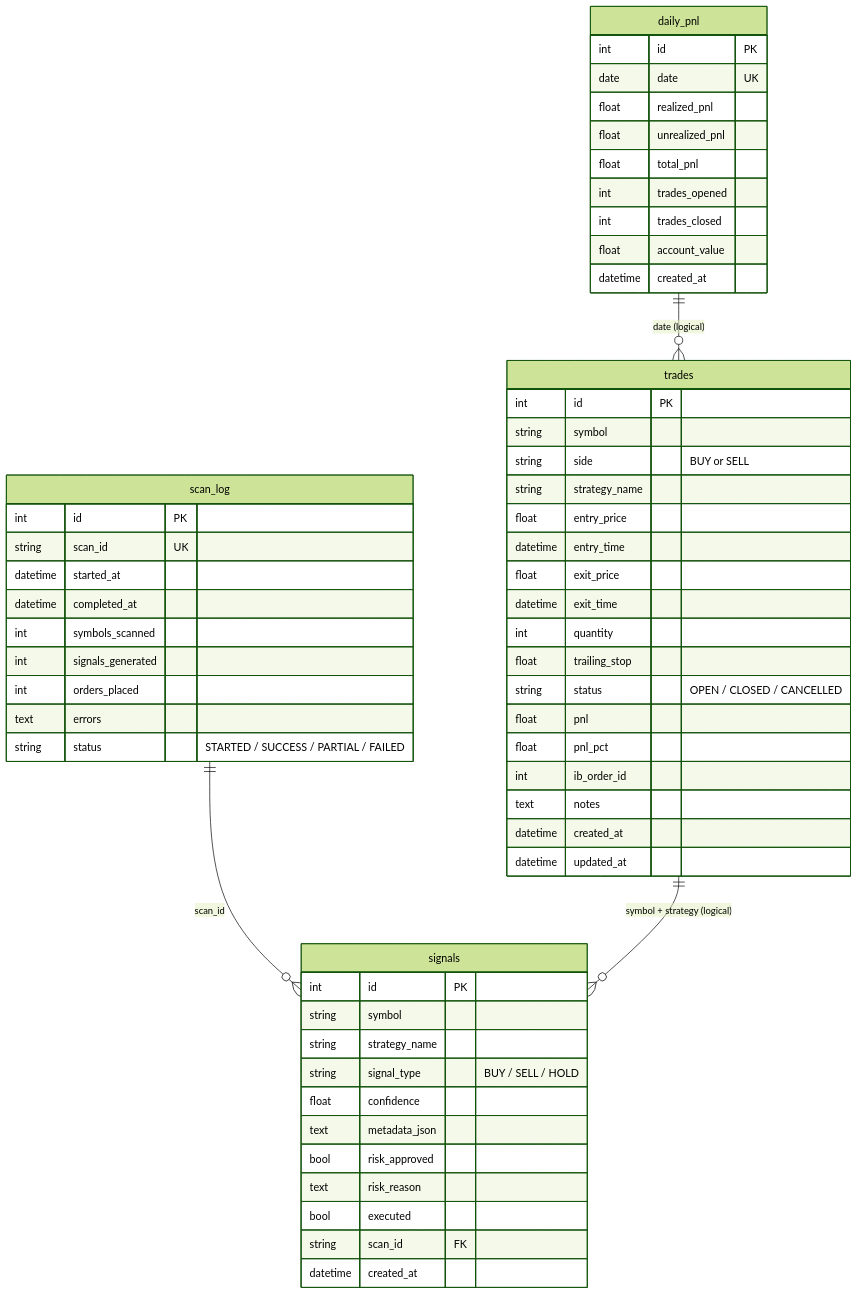
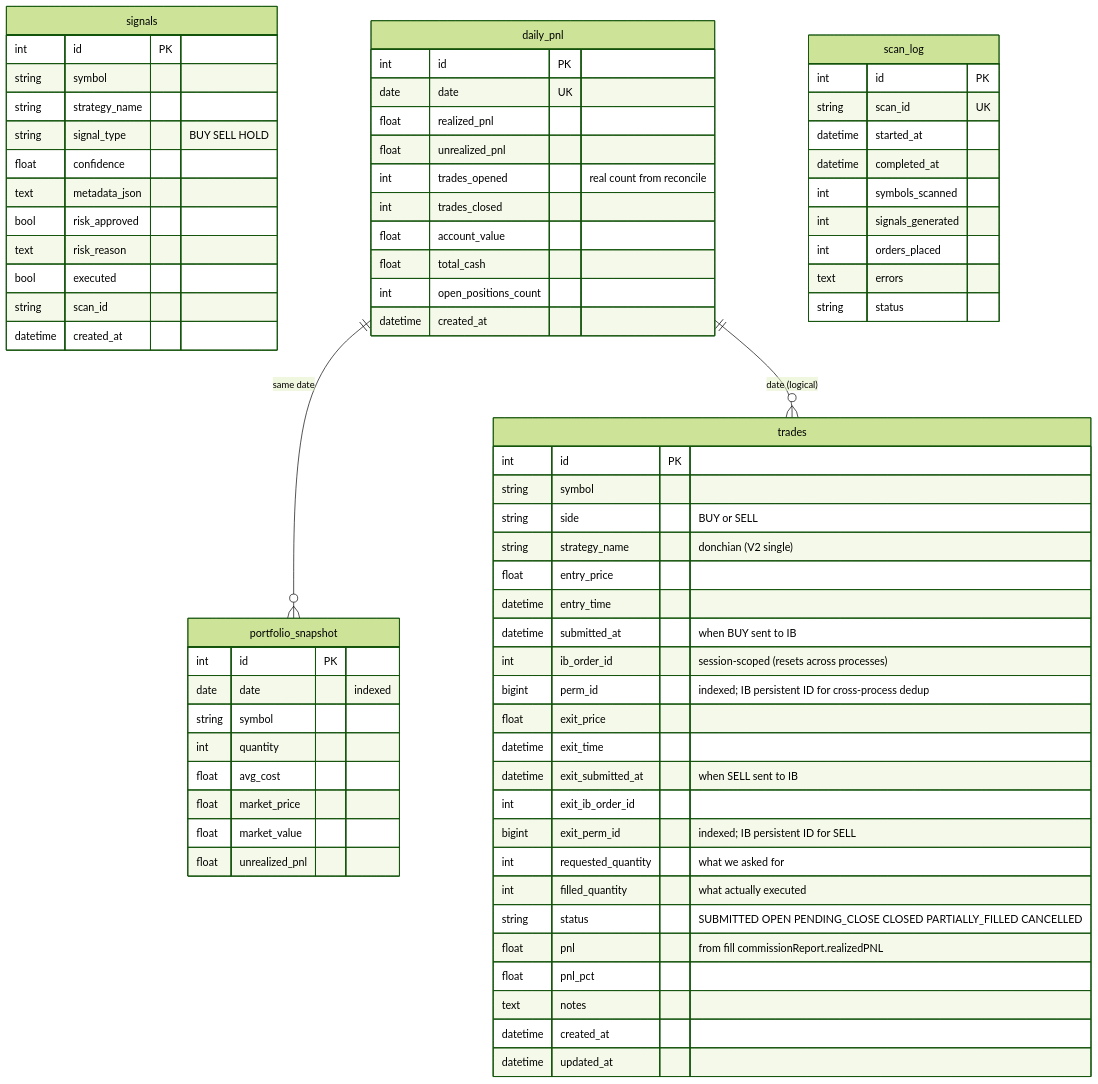
One commit to blackjek23/vibe_trade changed the fourth of 4 diagrams in PROJECT_MAP.md. Above: the diagram before and after it, drawn with Mermaid (forest theme). The commit also changed other lines of this file and 3 other files, not shown here.

````diff
--- a/PROJECT_MAP.md
+++ b/PROJECT_MAP.md
@@ -321,64 +247,80 @@
 ```mermaid
 erDiagram
     trades {
         int id PK
         string symbol
         string side "BUY or SELL"
-        string strategy_name
+        string strategy_name "donchian (V2 single)"
         float entry_price
         datetime entry_time
+        datetime submitted_at "when BUY sent to IB"
+        int ib_order_id "session-scoped (resets across processes)"
+        bigint perm_id "indexed; IB persistent ID for cross-process dedup"
         float exit_price
         datetime exit_time
-        int quantity
-        float trailing_stop
-        string status "OPEN / CLOSED / CANCELLED"
-        float pnl
+        datetime exit_submitted_at "when SELL sent to IB"
+        int exit_ib_order_id
+        bigint exit_perm_id "indexed; IB persistent ID for SELL"
+        int requested_quantity "what we asked for"
+        int filled_quantity "what actually executed"
+        string status "SUBMITTED OPEN PENDING_CLOSE CLOSED PARTIALLY_FILLED CANCELLED"
+        float pnl "from fill commissionReport.realizedPNL"
         float pnl_pct
-        int ib_order_id
         text notes
         datetime created_at
         datetime updated_at
     }
 
     signals {
         int id PK
         string symbol
         string strategy_name
-        string signal_type "BUY / SELL / HOLD"
+        string signal_type "BUY SELL HOLD"
         float confidence
         text metadata_json
         bool risk_approved
         text risk_reason
         bool executed
-        string scan_id FK
+        string scan_id
         datetime created_at
     }
 
     daily_pnl {
         int id PK
         date date UK
         float realized_pnl
         float unrealized_pnl
-        float total_pnl
-        int trades_opened
+        int trades_opened "real count from reconcile"
         int trades_closed
         float account_value
+        float total_cash
+        int open_positions_count
         datetime created_at
+    }
+
+    portfolio_snapshot {
+        int id PK
+        date date "indexed"
+        string symbol
+        int quantity
+        float avg_cost
+        float market_price
+        float market_value
+        float unrealized_pnl
     }
 
     scan_log {
         int id PK
         string scan_id UK
         datetime started_at
         datetime completed_at
         int symbols_scanned
         int signals_generated
         int orders_placed
         text errors
-        string status "STARTED / SUCCESS / PARTIAL / FAILED"
+        string status
     }
 
-    scan_log ||--o{ signals : "scan_id"
-    trades ||--o{ signals : "symbol + strategy (logical)"
+    daily_pnl ||--o{ portfolio_snapshot : "same date"
     daily_pnl ||--o{ trades : "date (logical)"
 ```
````
